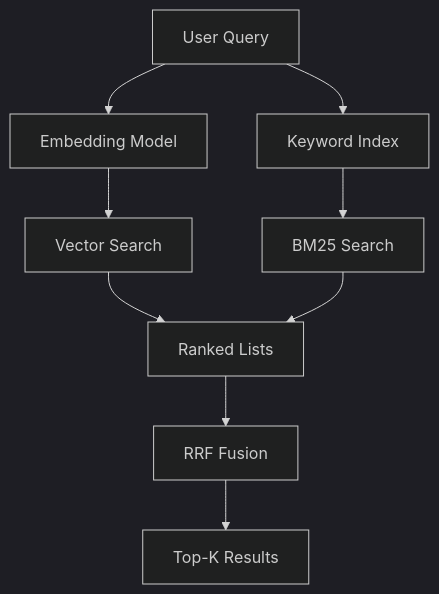
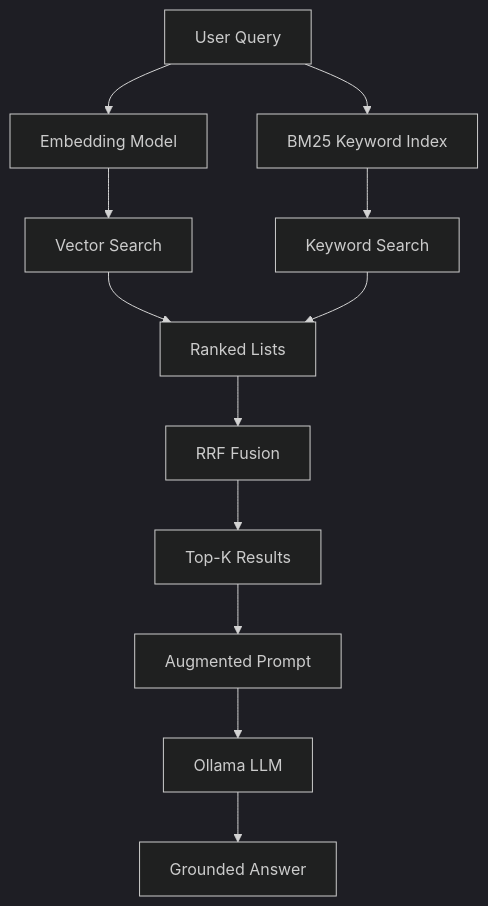
The third of 3 diagrams in Software Engineering/02 - Go Engineering/05 - Local AI with Go/04 - RAG Pipelines with Go and Vector DBs.md (Leito2/Learning), drawn with Mermaid (dark theme) before and after one commit. The commit also changed other lines of this file and 41 other files, not shown here.

````diff
--- a/Software Engineering/02 - Go Engineering/05 - Local AI with Go/04 - RAG Pipelines with Go and Vector DBs.md
+++ b/Software Engineering/02 - Go Engineering/05 - Local AI with Go/04 - RAG Pipelines with Go and Vector DBs.md
@@ -69,11 +510,14 @@
 ```mermaid
 graph TD
     A[User Query] --> B[Embedding Model]
-    A --> C[Keyword Index]
+    A --> C[BM25 Keyword Index]
     B --> D[Vector Search]
-    C --> E[BM25 Search]
+    C --> E[Keyword Search]
     D --> F[Ranked Lists]
     E --> F
     F --> G[RRF Fusion]
     G --> H[Top-K Results]
+    H --> I[Augmented Prompt]
+    I --> J[Ollama LLM]
+    J --> K[Grounded Answer]
 ```
````
